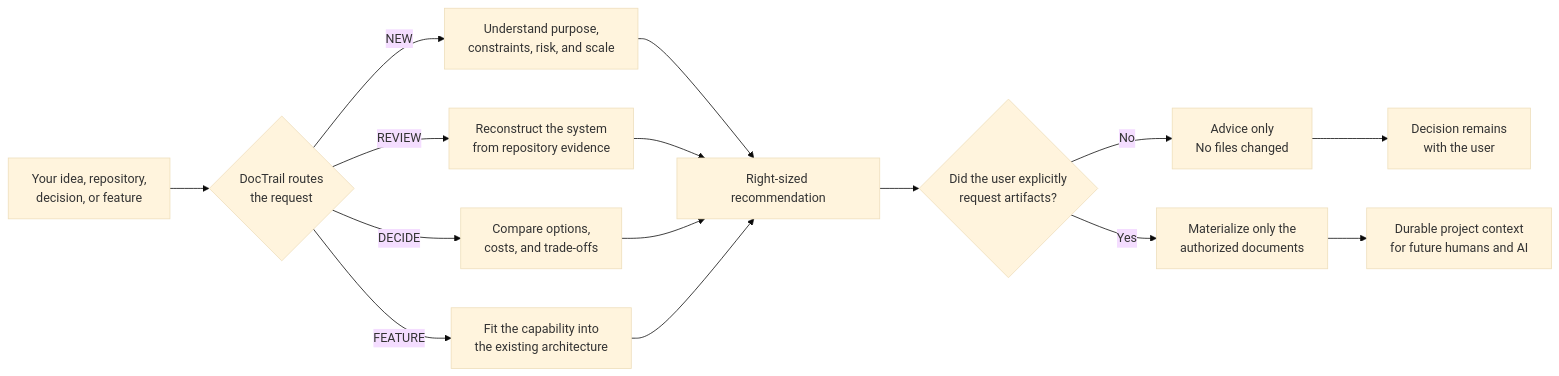
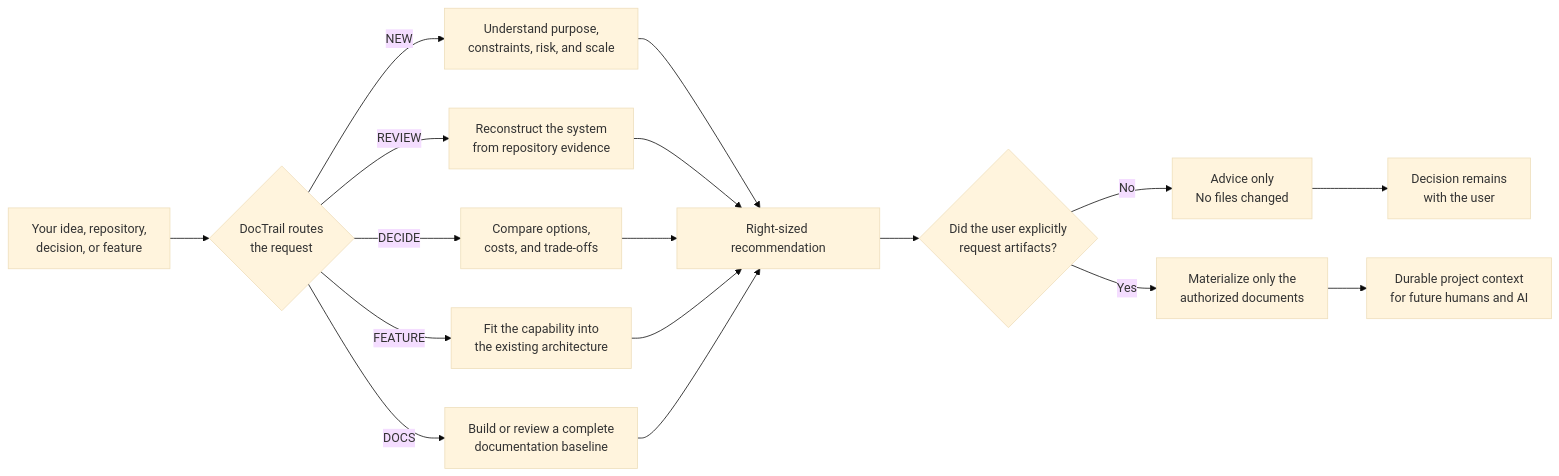
The first of 2 diagrams in README.md (iovargasjeff/DocTrail), drawn with Mermaid (base theme) before and after one commit. The commit also changed other lines of this file and 42 other files, not shown here.

````diff
--- a/README.md
+++ b/README.md
@@ -80,21 +80,23 @@
 ```mermaid
 flowchart LR
     A[Your idea, repository,<br/>decision, or feature] --> B{DocTrail routes<br/>the request}
 
     B -->|NEW| C[Understand purpose,<br/>constraints, risk, and scale]
     B -->|REVIEW| D[Reconstruct the system<br/>from repository evidence]
     B -->|DECIDE| E[Compare options,<br/>costs, and trade-offs]
     B -->|FEATURE| F[Fit the capability into<br/>the existing architecture]
+    B -->|DOCS| D2[Build or review a complete<br/>documentation baseline]
 
     C --> G[Right-sized recommendation]
     D --> G
     E --> G
     F --> G
+    D2 --> G
 
     G --> H{Did the user explicitly<br/>request artifacts?}
     H -->|No| I[Advice only<br/>No files changed]
     H -->|Yes| J[Materialize only the<br/>authorized documents]
 
     J --> K[Durable project context<br/>for future humans and AI]
     I --> L[Decision remains<br/>with the user]
 ```
````
